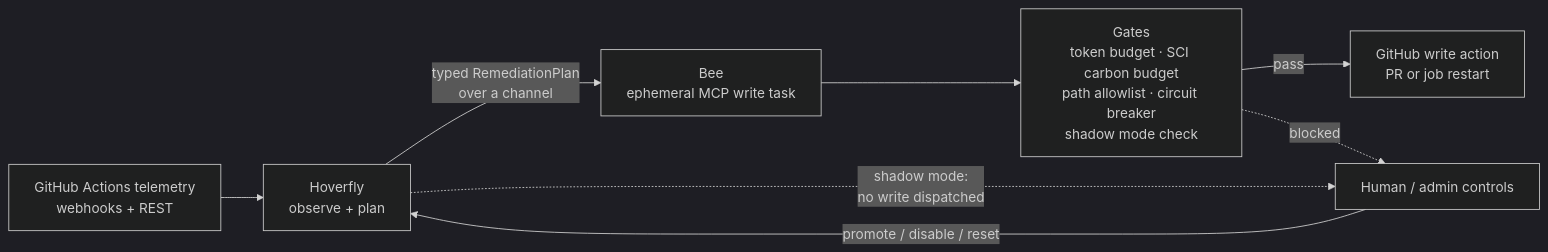
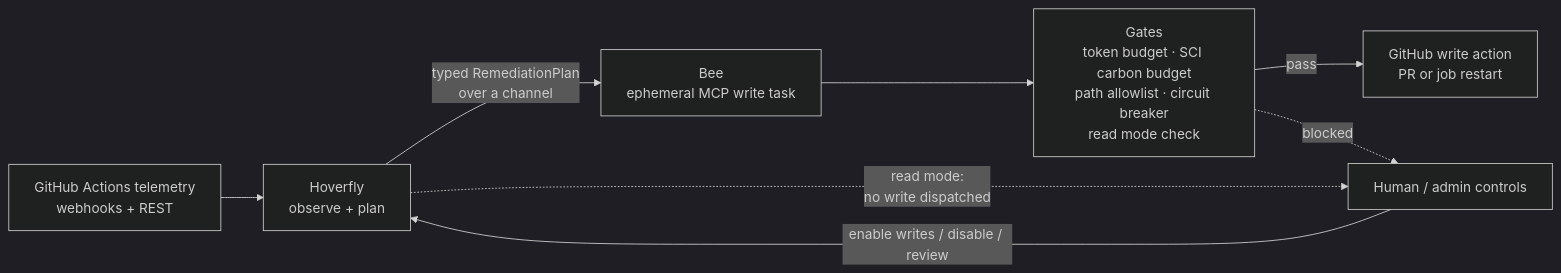
One commit to lara-sundare6/lara-sundare6.github.io changed the diagram in fly-island.md. Above: the diagram before and after it, drawn with Mermaid (dark theme). The commit also changed other lines of this file, not shown here.

````diff
--- a/fly-island.md
+++ b/fly-island.md
@@ -17,10 +21,10 @@
 ```mermaid
 flowchart LR
     A[GitHub Actions telemetry<br/>webhooks + REST] --> B[Hoverfly<br/>observe + plan]
     B -->|typed RemediationPlan<br/>over a channel| C[Bee<br/>ephemeral MCP write task]
-    C --> D["Gates<br/>token budget · SCI carbon budget<br/>path allowlist · circuit breaker<br/>shadow mode check"]
+    C --> D["Gates<br/>token budget · SCI carbon budget<br/>path allowlist · circuit breaker<br/>read mode check"]
     D -->|pass| E[GitHub write action<br/>PR or job restart]
     D -.->|blocked| F[Human / admin controls]
-    B -.->|shadow mode:<br/>no write dispatched| F
-    F -->|promote / disable / reset| B
+    B -.->|read mode:<br/>no write dispatched| F
+    F -->|enable writes / disable / review| B
 ```
````
